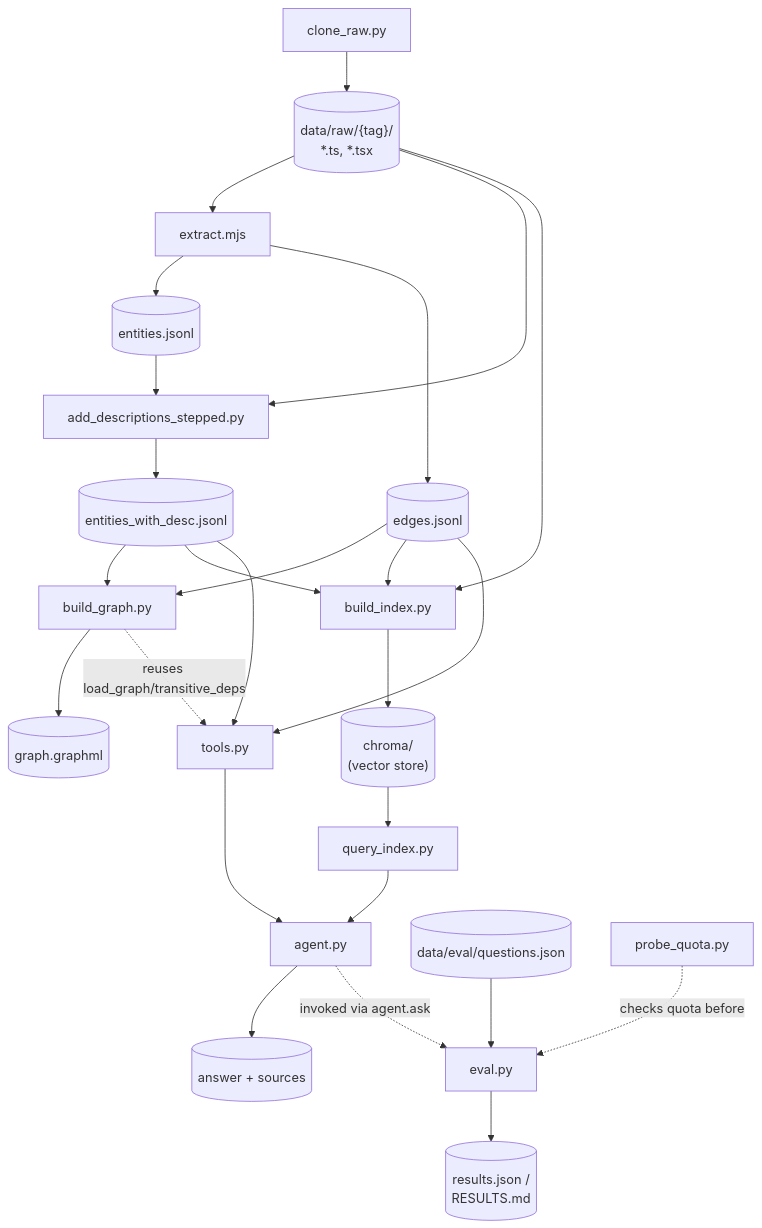
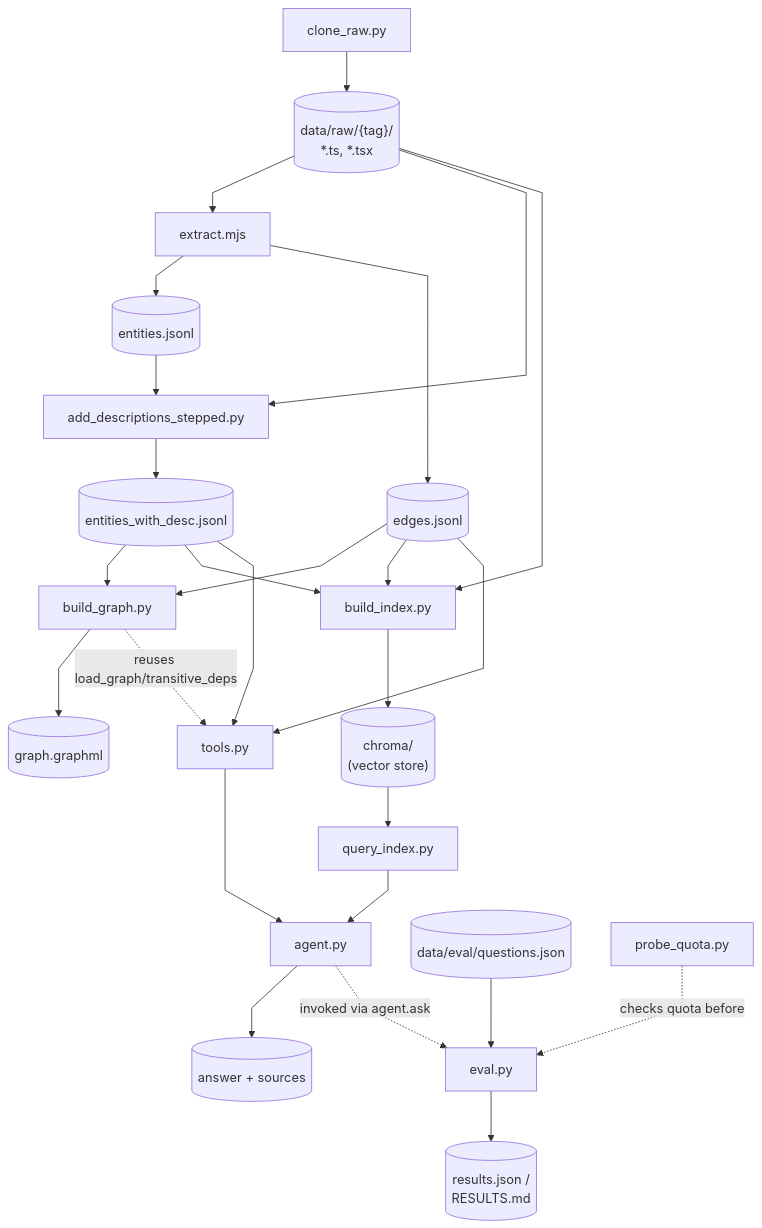
The diagram in reports/repo_walkthrough.md (goudmani/codeiq_source_code_knowledge_graph), drawn with Mermaid before and after one commit.

Commit message:
mermaid chart fix 3

````diff
--- a/reports/repo_walkthrough.md
+++ b/reports/repo_walkthrough.md
@@ -7,38 +7,39 @@
 ```mermaid
-flowchart TD
+%%{init: {'flowchart': {'curve': 'linear'}}}%%
+graph TD
     raw[("data/raw/{tag}/\n*.ts, *.tsx")]
 
     clone["clone_raw.py"] --> raw
 
     raw --> extract["extract.mjs"]
     extract --> entities[("entities.jsonl")]
     extract --> edges[("edges.jsonl")]
 
     entities --> describe["add_descriptions_stepped.py"]
     raw --> describe
     describe --> descOut[("entities_with_desc.jsonl")]
 
     descOut --> build_graph["build_graph.py"]
     edges --> build_graph
     build_graph --> graphml[("graph.graphml")]
 
     descOut --> index["build_index.py"]
     edges --> index
     raw --> index
     index --> chroma[("chroma/\n(vector store)")]
 
     chroma --> query["query_index.py"]
     descOut --> tools["tools.py"]
     edges --> tools
     build_graph -. reuses load_graph/transitive_deps .-> tools
 
     query --> agent["agent.py"]
     tools --> agent
     agent --> answer[("answer + sources")]
 
     questions[("data/eval/questions.json")] --> eval["eval.py"]
     agent -. "invoked via agent.ask" .-> eval
     eval --> results[("results.json /\nRESULTS.md")]
 
     probe["probe_quota.py"] -. checks quota before .-> eval
 ```
````
